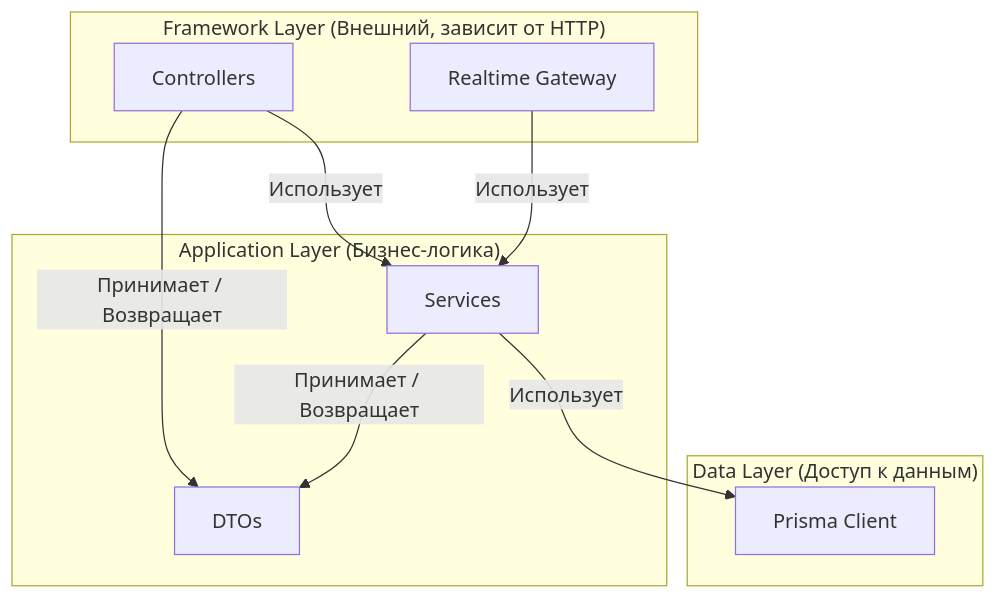
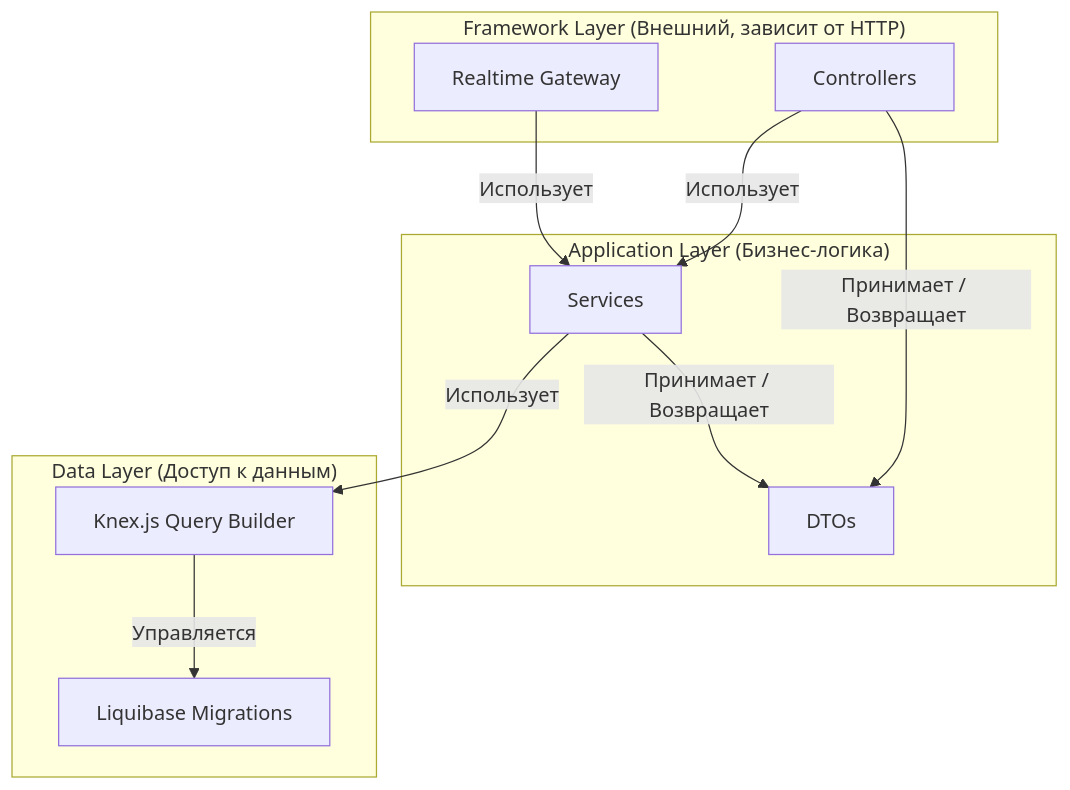
One commit to smart-tinker/mutabor changed the diagram in docs/Layer Guides.md. Above: the diagram before and after it, drawn with Mermaid. The commit also changed other lines of this file and 38 other files, not shown here.

First line of the commit message:
feat: Complete migration from Prisma to Knex.js and Liquibase (#37)

````diff
--- a/docs/Layer Guides.md
+++ b/docs/Layer Guides.md
@@ -9,22 +9,24 @@
 ```mermaid
 graph TD
     subgraph "Framework Layer (Внешний, зависит от HTTP)"
         A[Controllers]
         B[Realtime Gateway]
     end
 
     subgraph "Application Layer (Бизнес-логика)"
         C[Services]
         D[DTOs]
     end
 
     subgraph "Data Layer (Доступ к данным)"
-        E[Prisma Client]
+        E[Knex.js Query Builder]
+        F[Liquibase Migrations]
     end
 
     A -- "Использует" --> C
     B -- "Использует" --> C
     C -- "Использует" --> E
     A -- "Принимает / Возвращает" --> D
     C -- "Принимает / Возвращает" --> D
+    E -- "Управляется" --> F
 ```
````
